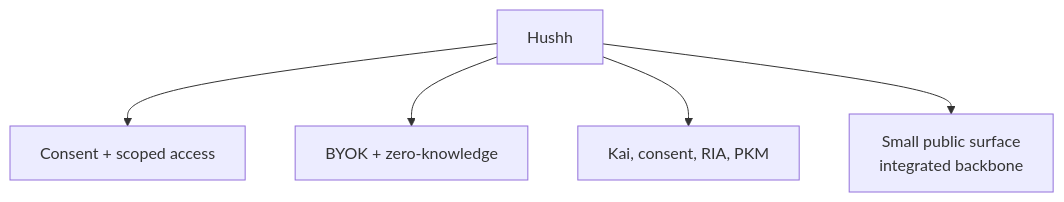
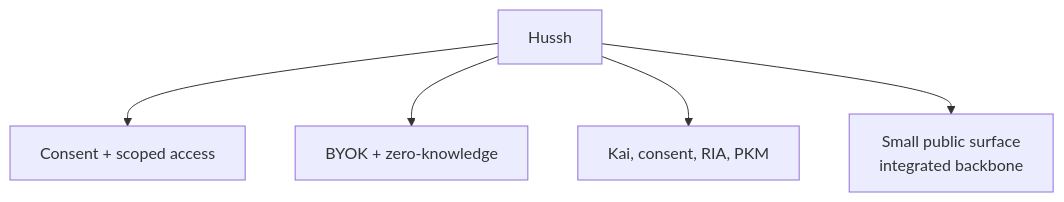
Before and after one commit to hushh-labs/hushh-research: the diagram in docs/vision/README.md, drawn with Mermaid. The commit also changed other lines of this file and 245 other files, not shown here.

````diff
--- a/docs/vision/README.md
+++ b/docs/vision/README.md
@@ -7,13 +7,13 @@
 ```mermaid
 flowchart TD
-  root["Hushh"]
+  root["Hussh"]
   trust["Consent + scoped access"]
   vault["BYOK + zero-knowledge"]
   product["Kai, consent, RIA, PKM"]
   repo["Small public surface<br/>integrated backbone"]
 
   root --> trust
   root --> vault
   root --> product
   root --> repo
 ```
````
